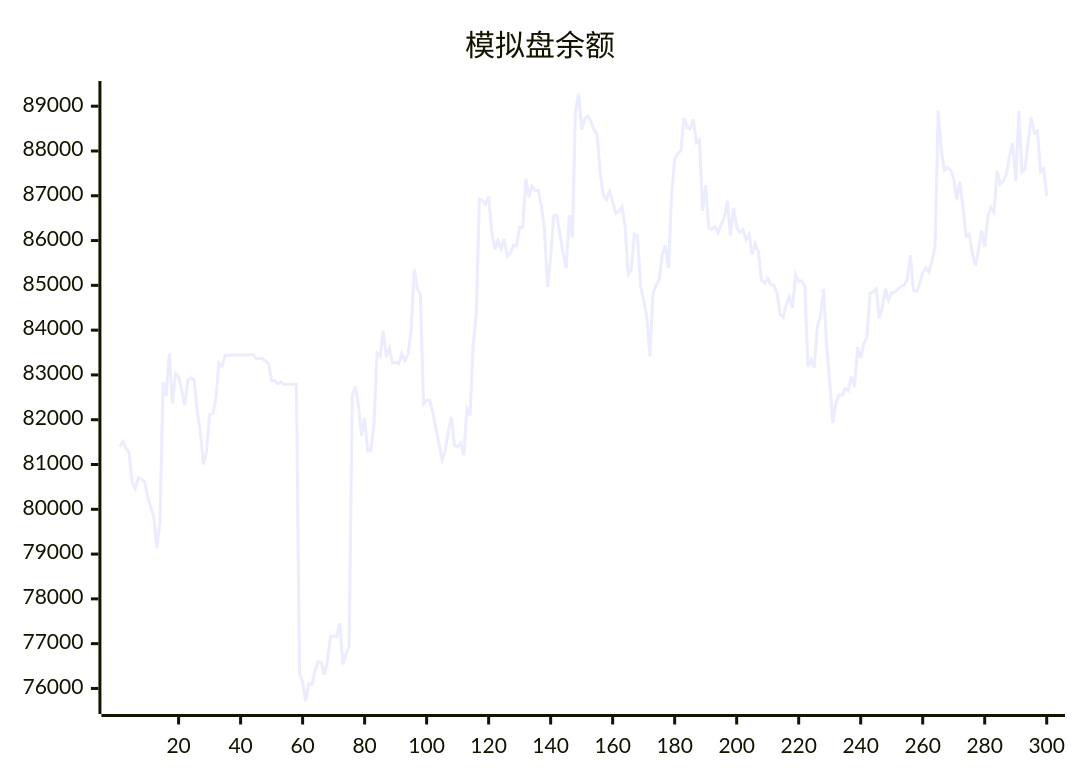
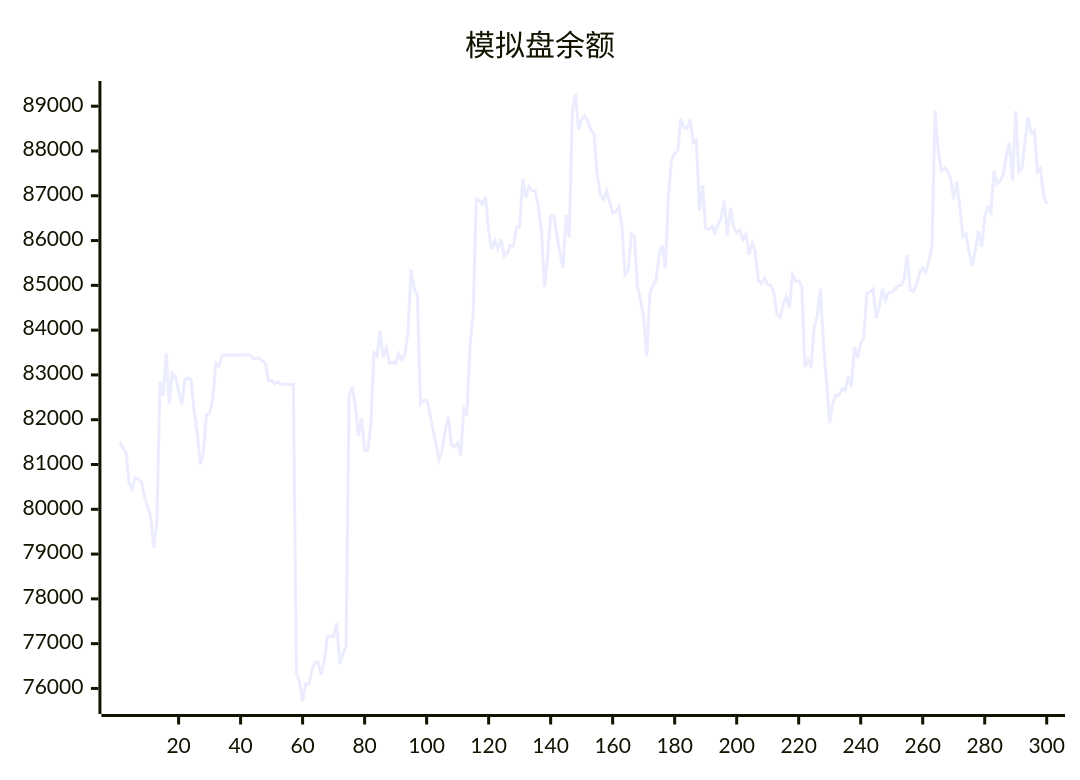
One commit to aahl/ai-trading changed the diagram in README.md. Above: the diagram before and after it, drawn with Mermaid. The commit also changed other lines of this file and 1 other file, not shown here.

````diff
--- a/README.md
+++ b/README.md
@@ -5,5 +5,5 @@
 ```mermaid
 xychart
     title "模拟盘余额"
-    line [81396,81512,81362,81277,80600,80461,80699,80673,80616,80288,80038,79836,79142,79722,82837,82533,83480,82366,83032,82960,82654,82330,82883,82934,82901,82188,81728,81005,81298,82110,82135,82449,83264,83203,83440,83439,83440,83440,83446,83447,83448,83447,83448,83449,83369,83369,83369,83313,83256,82872,82873,82801,82844,82785,82791,82791,82793,82794,76339,76145,75714,76110,76096,76397,76594,76585,76310,76607,77160,77170,77160,77456,76541,76774,76927,82520,82744,82337,81639,82040,81307,81314,81887,83490,83414,83984,83396,83594,83261,83287,83253,83470,83327,83465,83987,85348,84930,84786,82355,82433,82438,82167,81795,81466,81105,81315,81756,82064,81426,81398,81481,81210,82242,82099,83658,84359,86925,86892,86814,86980,86203,85802,86003,85811,86028,85657,85721,85896,85880,86300,86299,87378,86965,87214,87115,87118,86780,86238,84966,85623,86555,86562,86129,85722,85387,86569,86070,88870,89278,88477,88720,88781,88668,88467,88372,87493,87018,86917,87102,86870,86613,86644,86758,86317,85242,85334,86149,86106,84968,84671,84302,83410,84816,85001,85127,85693,85891,85384,87001,87811,87945,88007,88734,88528,88495,88705,88189,88248,86662,87234,86279,86251,86314,86177,86364,86503,86886,86114,86731,86310,86176,86240,86017,86136,85685,85938,85749,85111,85044,85164,85016,85008,84824,84354,84287,84572,84745,84500,85234,85096,85095,84970,83180,83338,83157,84070,84309,84922,83667,82850,81924,82369,82552,82539,82695,82648,82962,82728,83619,83378,83710,83825,84819,84854,84917,84265,84527,84919,84668,84834,84850,84916,84981,85004,85131,85674,84891,84864,85019,85284,85393,85294,85538,85894,88904,88012,87567,87625,87568,87386,86920,87313,86737,86094,86143,85725,85437,85787,86219,85859,86526,86740,86630,87563,87264,87335,87483,87886,88180,87335,88894,87544,87608,88207,88755,88401,88444,87543,87608,87000]
+    line [81512,81362,81277,80600,80461,80699,80673,80616,80288,80038,79836,79142,79722,82837,82533,83480,82366,83032,82960,82654,82330,82883,82934,82901,82188,81728,81005,81298,82110,82135,82449,83264,83203,83440,83439,83440,83440,83446,83447,83448,83447,83448,83449,83369,83369,83369,83313,83256,82872,82873,82801,82844,82785,82791,82791,82793,82794,76339,76145,75714,76110,76096,76397,76594,76585,76310,76607,77160,77170,77160,77456,76541,76774,76927,82520,82744,82337,81639,82040,81307,81314,81887,83490,83414,83984,83396,83594,83261,83287,83253,83470,83327,83465,83987,85348,84930,84786,82355,82433,82438,82167,81795,81466,81105,81315,81756,82064,81426,81398,81481,81210,82242,82099,83658,84359,86925,86892,86814,86980,86203,85802,86003,85811,86028,85657,85721,85896,85880,86300,86299,87378,86965,87214,87115,87118,86780,86238,84966,85623,86555,86562,86129,85722,85387,86569,86070,88870,89278,88477,88720,88781,88668,88467,88372,87493,87018,86917,87102,86870,86613,86644,86758,86317,85242,85334,86149,86106,84968,84671,84302,83410,84816,85001,85127,85693,85891,85384,87001,87811,87945,88007,88734,88528,88495,88705,88189,88248,86662,87234,86279,86251,86314,86177,86364,86503,86886,86114,86731,86310,86176,86240,86017,86136,85685,85938,85749,85111,85044,85164,85016,85008,84824,84354,84287,84572,84745,84500,85234,85096,85095,84970,83180,83338,83157,84070,84309,84922,83667,82850,81924,82369,82552,82539,82695,82648,82962,82728,83619,83378,83710,83825,84819,84854,84917,84265,84527,84919,84668,84834,84850,84916,84981,85004,85131,85674,84891,84864,85019,85284,85393,85294,85538,85894,88904,88012,87567,87625,87568,87386,86920,87313,86737,86094,86143,85725,85437,85787,86219,85859,86526,86740,86630,87563,87264,87335,87483,87886,88180,87335,88894,87544,87608,88207,88755,88401,88444,87543,87608,87000,86810]
 ```
````
